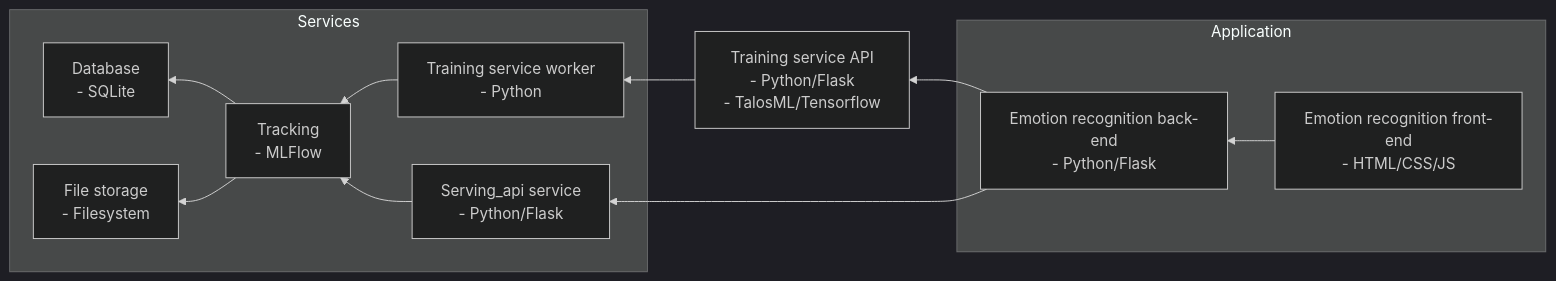
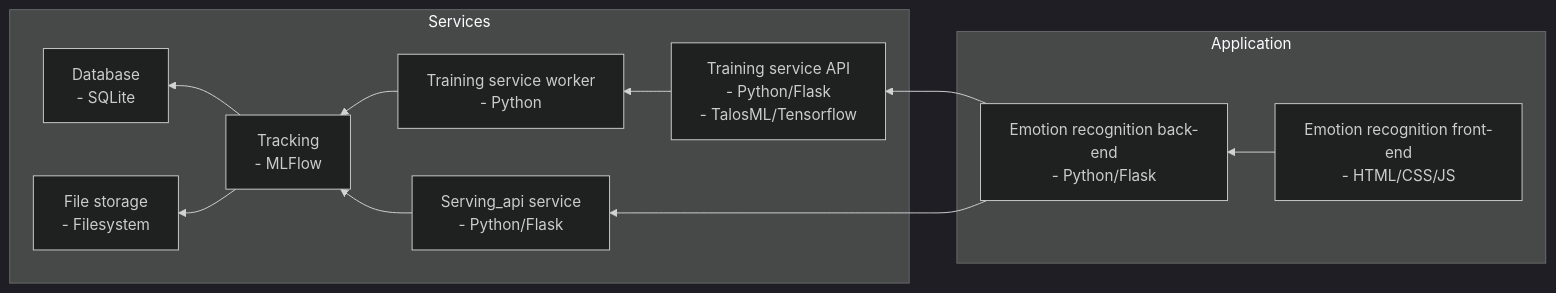
Before and after one commit to Research-Center-Data-Intelligence/CHIMP: the diagram in README.md, drawn with Mermaid (dark theme).

Commit message:
Fixed error in component diagram

````diff
--- a/README.md
+++ b/README.md
@@ -25,16 +25,16 @@
 ```mermaid
 graph RL
 ;
     subgraph Application
         afe[Emotion recognition front-end<br/>- HTML/CSS/JS] --> abe[Emotion recognition back-end<br/>- Python/Flask];
     end
     abe --> tapi[Training service API<br/>- Python/Flask<br/>- TalosML/Tensorflow];
-    tapi --> twork[Training service worker<br/>- Python];
     abe --> srv[Serving_api service<br/>- Python/Flask];
     subgraph Services
+        tapi --> twork[Training service worker<br/>- Python];
         twork --> mlf[Tracking<br/>- MLFlow];
         srv --> mlf;
         mlf --> db[Database<br/>- SQLite];
         mlf --> fs[File storage<br/>- Filesystem];
     end
 ```
````
